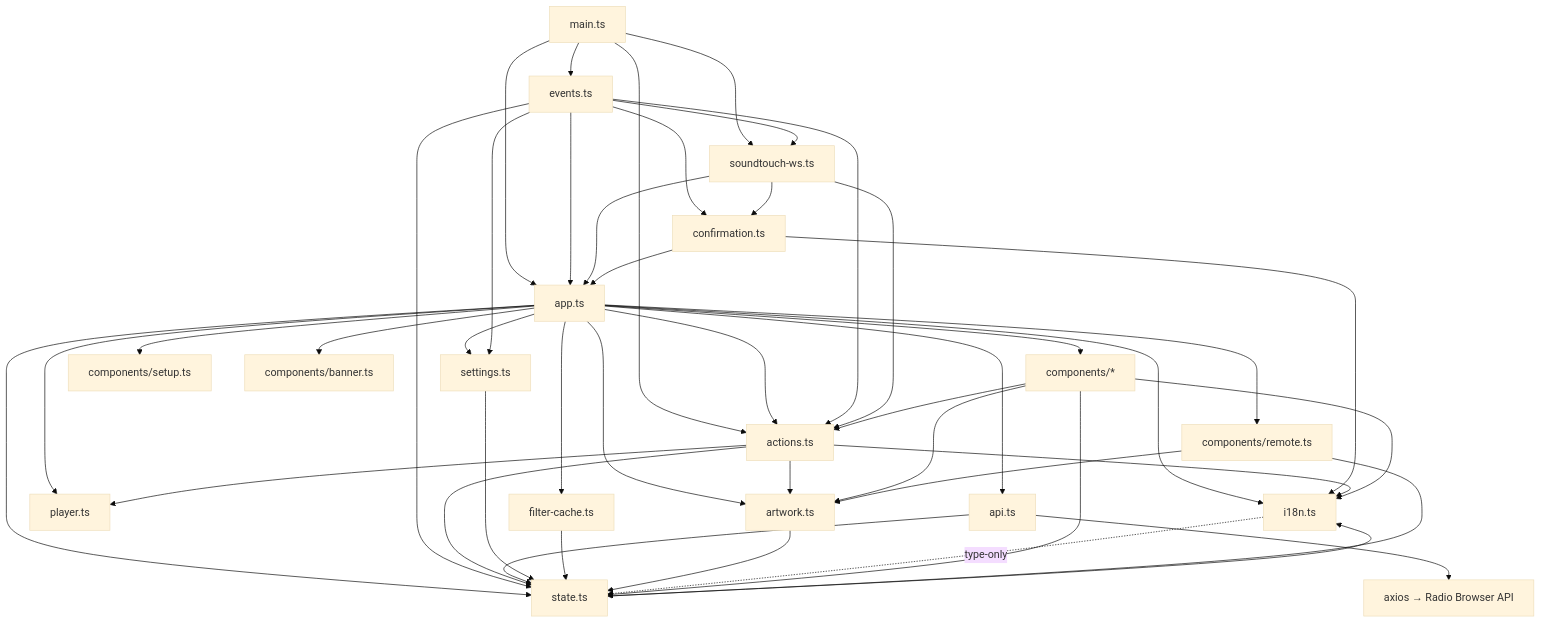
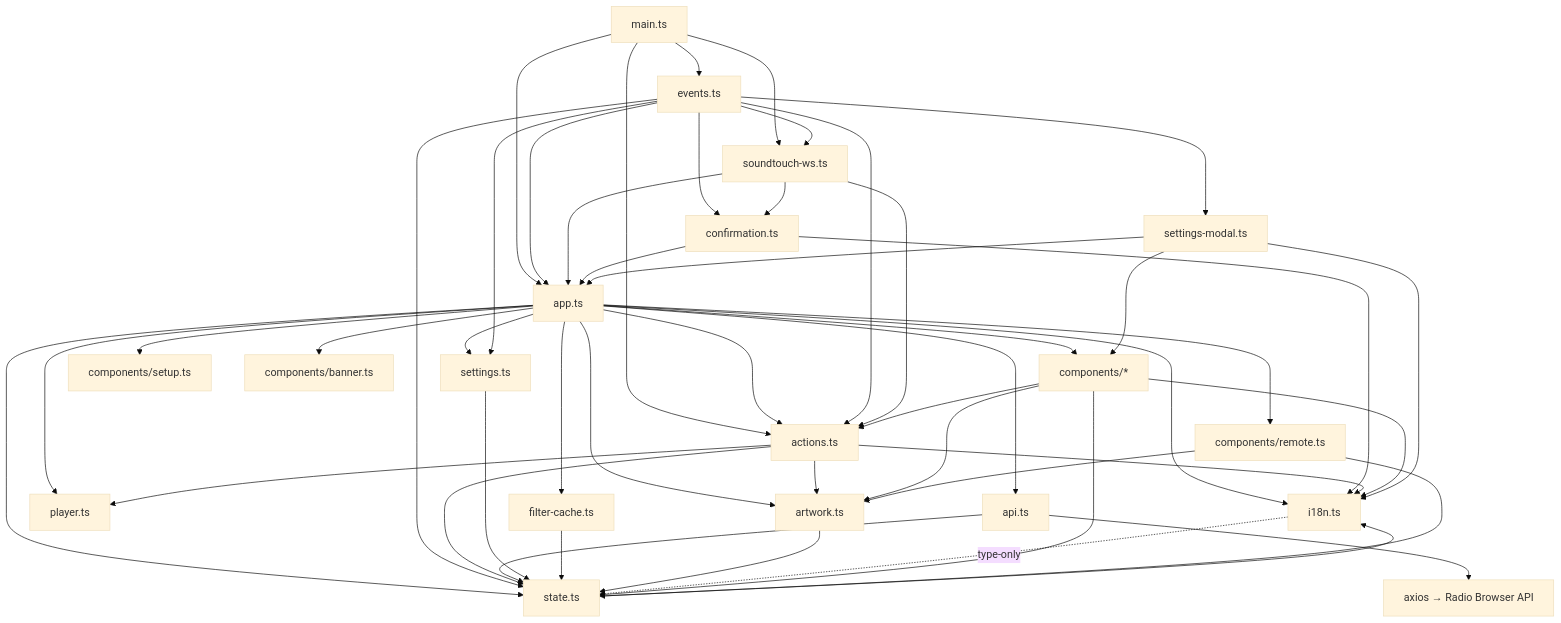
Before and after one commit to Makatumba/after-touch-radio-browser: the diagram in ARCHITECTURE.md, drawn with Mermaid (base theme). The commit also changed other lines of this file and 3 other files, not shown here.

Commit message:
docs: spec the wave-7 SoundTouch settings section — labeled host field, remote header ℹ device info, floating popover, auto-scroll, visible modal overflow (waves 7-7.4)

````diff
--- a/ARCHITECTURE.md
+++ b/ARCHITECTURE.md
@@ -87,47 +89,51 @@
 ```mermaid
 graph TD
     MAIN[main.ts] --> APP[app.ts]
     MAIN --> EVT[events.ts]
     MAIN --> ACT[actions.ts]
     MAIN --> WS[soundtouch-ws.ts]
     APP --> I18N[i18n.ts]
     APP --> ST[state.ts]
     APP --> PL[player.ts]
     APP --> API[api.ts]
     APP --> SET[settings.ts]
     APP --> FCACHE[filter-cache.ts]
     APP --> ART[artwork.ts]
     APP --> COMP[components/*]
     APP --> SETUP[components/setup.ts]
     APP --> BANNER[components/banner.ts]
     APP --> ACT
     APP --> REMOTE[components/remote.ts]
     EVT --> APP
     EVT --> ACT
     EVT --> SET
     EVT --> ST
     EVT --> WS
     WS --> APP
     WS --> ACT
     EVT --> CONF[confirmation.ts]
     WS --> CONF
     CONF --> APP
     CONF --> I18N
     ACT --> ST
     ACT --> I18N
     ACT --> PL
     ACT --> ART
     API --> ST
     API --> AXIOS[axios → Radio Browser API]
     SET --> ST
     FCACHE --> ST
     ART --> ST
     ST --> I18N
     I18N -.-> |type-only| ST
     COMP --> ST
     COMP --> I18N
     COMP --> ACT
     COMP --> ART
     REMOTE --> ST
     REMOTE --> ART
+    EVT --> SM[settings-modal.ts]
+    SM --> APP
+    SM --> I18N
+    SM --> COMP
 ```
````
